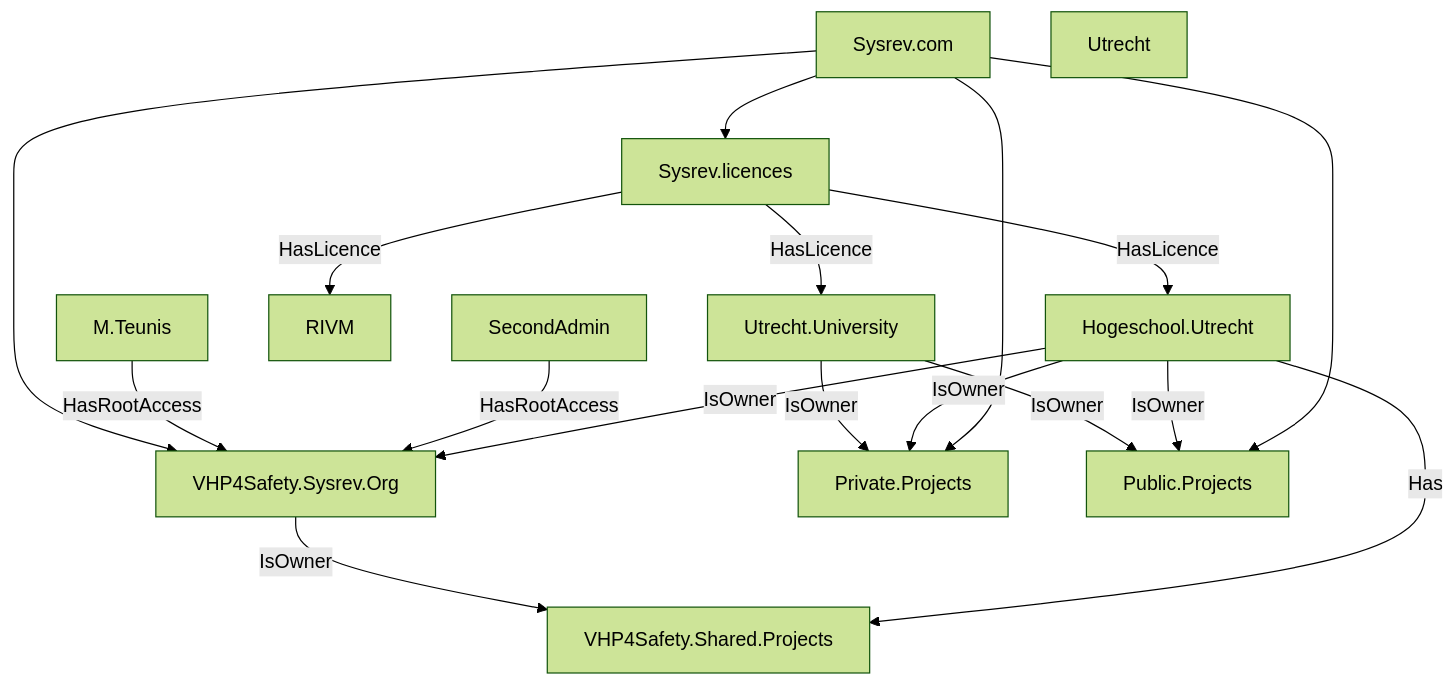
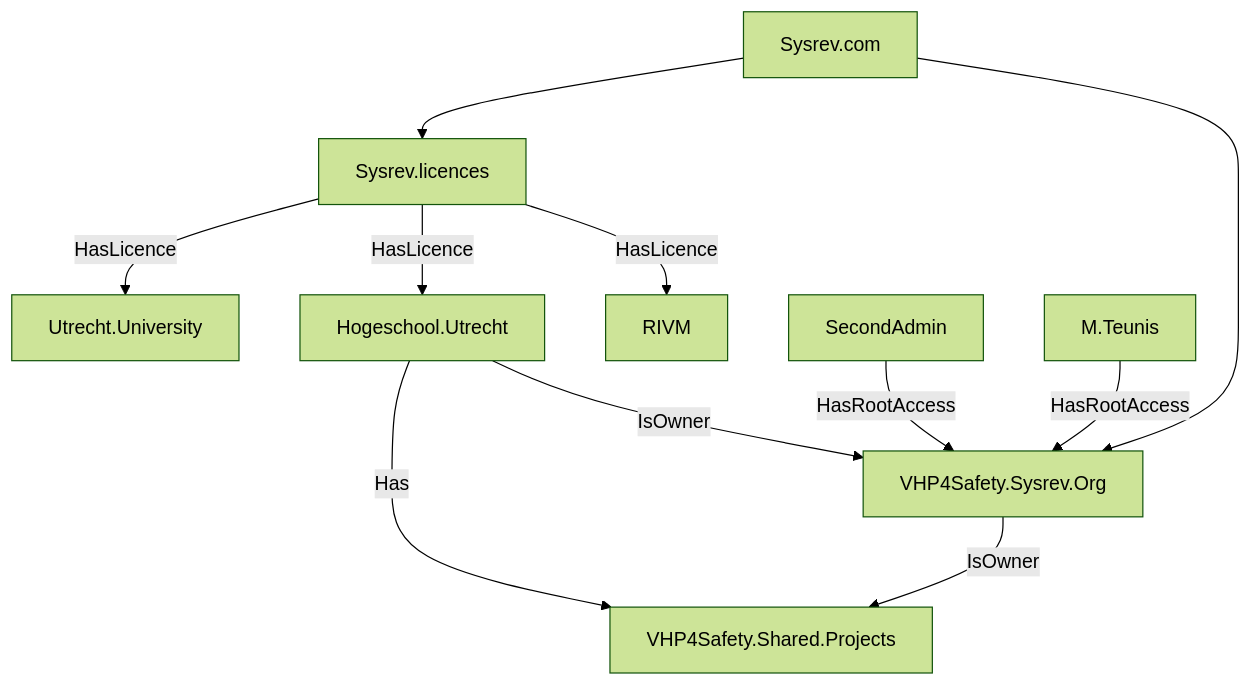
One commit to VHP4Safety/workflows changed the diagram in Sysrev.md. Above: the diagram before and after it, drawn with Mermaid (forest theme).

````diff
--- a/Sysrev.md
+++ b/Sysrev.md
@@ -1,24 +1,13 @@
 ```mermaid
 graph TD
   Sysrev.com-->Sysrev.licences
   Sysrev.licences--HasLicence-->Utrecht.University
   Sysrev.licences--HasLicence-->Hogeschool.Utrecht
   Sysrev.licences--HasLicence-->RIVM
   Sysrev.com-->VHP4Safety.Sysrev.Org
   M.Teunis--HasRootAccess-->VHP4Safety.Sysrev.Org
   SecondAdmin--HasRootAccess-->VHP4Safety.Sysrev.Org
   Hogeschool.Utrecht--IsOwner-->VHP4Safety.Sysrev.Org
-  Utrecht.University--IsOwner-->Private.Projects
-  Utrecht.University--IsOwner-->Public.Projects
   VHP4Safety.Sysrev.Org--IsOwner-->VHP4Safety.Shared.Projects
-  Hogeschool.Utrecht--IsOwner-->Private.Projects
-  Hogeschool.Utrecht--IsOwner-->Public.Projects
   Hogeschool.Utrecht--Has-->VHP4Safety.Shared.Projects
-  
-  
-  
-  Sysrev.com-->Private.Projects
-  Sysrev.com-->Public.Projects
-  
-  Utrecht
 ```
````
